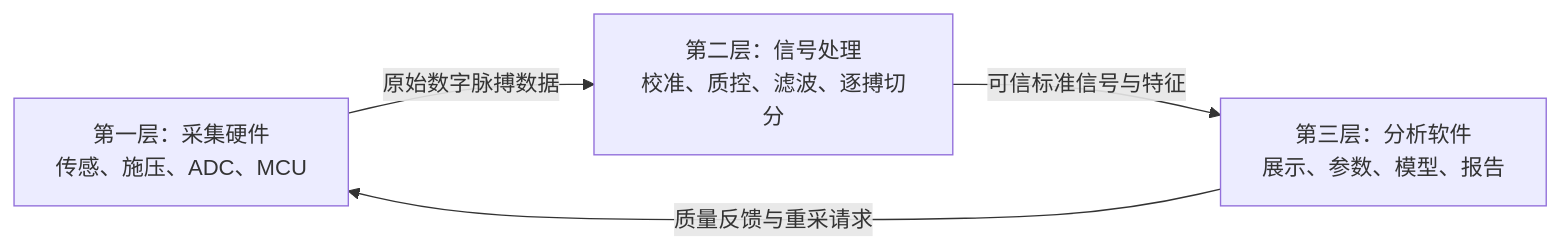
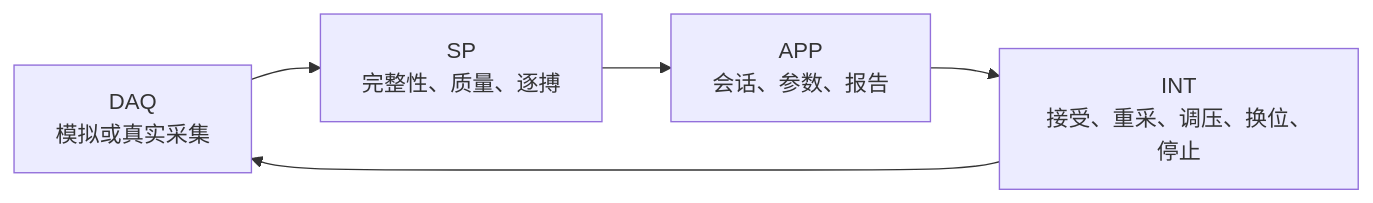
One commit to cxjchelsea/digital-pulse-diagnosis changed the diagram in docs/00-项目总览/项目总体方案.md. Above: the diagram before and after it, drawn with Mermaid. The commit also changed other lines of this file, not shown here.

````diff
--- a/docs/00-项目总览/项目总体方案.md
+++ b/docs/00-项目总览/项目总体方案.md
@@ -52,6 +160,7 @@
 ```mermaid
 flowchart LR
-    A["第一层：采集硬件<br/>传感、施压、ADC、MCU"] -->|原始数字脉搏数据| B["第二层：信号处理<br/>校准、质控、滤波、逐搏切分"]
-    B -->|可信标准信号与特征| C["第三层：分析软件<br/>展示、参数、模型、报告"]
-    C -->|质量反馈与重采请求| A
+    A["DAQ<br/>模拟或真实采集"] --> B["SP<br/>完整性、质量、逐搏"]
+    B --> C["APP<br/>会话、参数、报告"]
+    C --> D["INT<br/>接受、重采、调压、换位、停止"]
+    D --> A
 ```
````
